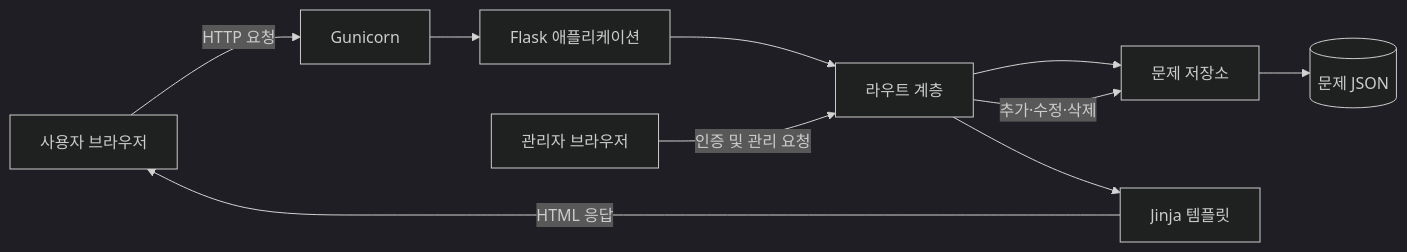
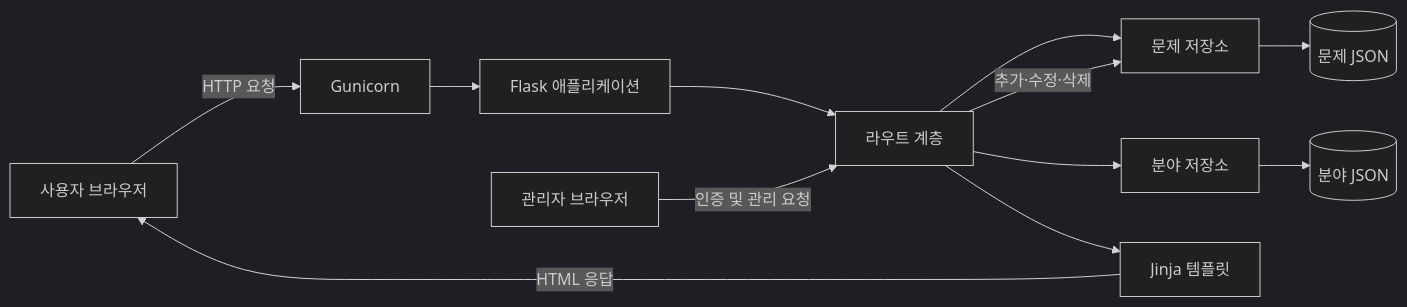
Before and after one commit to yangsong3/ml_class_testexam_web: the first of 2 diagrams in Architecture.md, drawn with Mermaid (dark theme). The commit also changed other lines of this file and 16 other files, not shown here.

````diff
--- a/Architecture.md
+++ b/Architecture.md
@@ -17,12 +17,14 @@
 ```mermaid
 flowchart LR
     U[사용자 브라우저] -->|HTTP 요청| G[Gunicorn]
     G --> F[Flask 애플리케이션]
     F --> R[라우트 계층]
     R --> S[문제 저장소]
     S --> J[(문제 JSON)]
+    R --> C[분야 저장소]
+    C --> K[(분야 JSON)]
     R --> T[Jinja 템플릿]
     T -->|HTML 응답| U
     A[관리자 브라우저] -->|인증 및 관리 요청| R
     R -->|추가·수정·삭제| S
 ```
````
